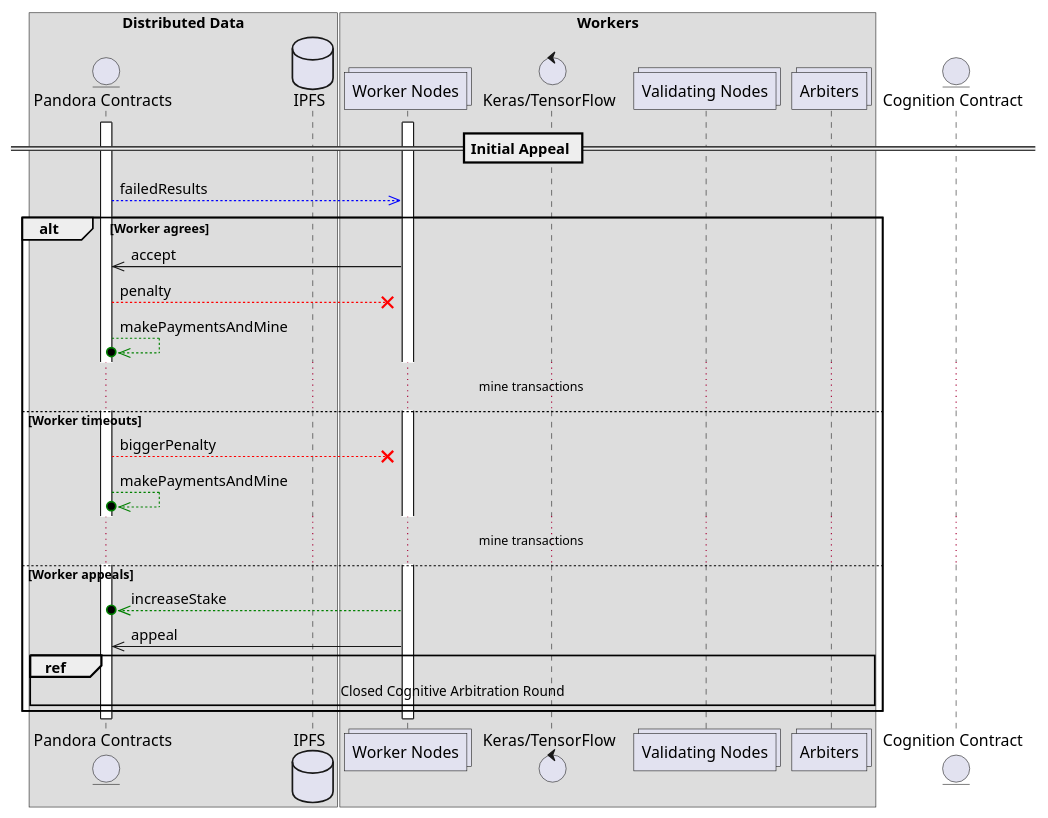
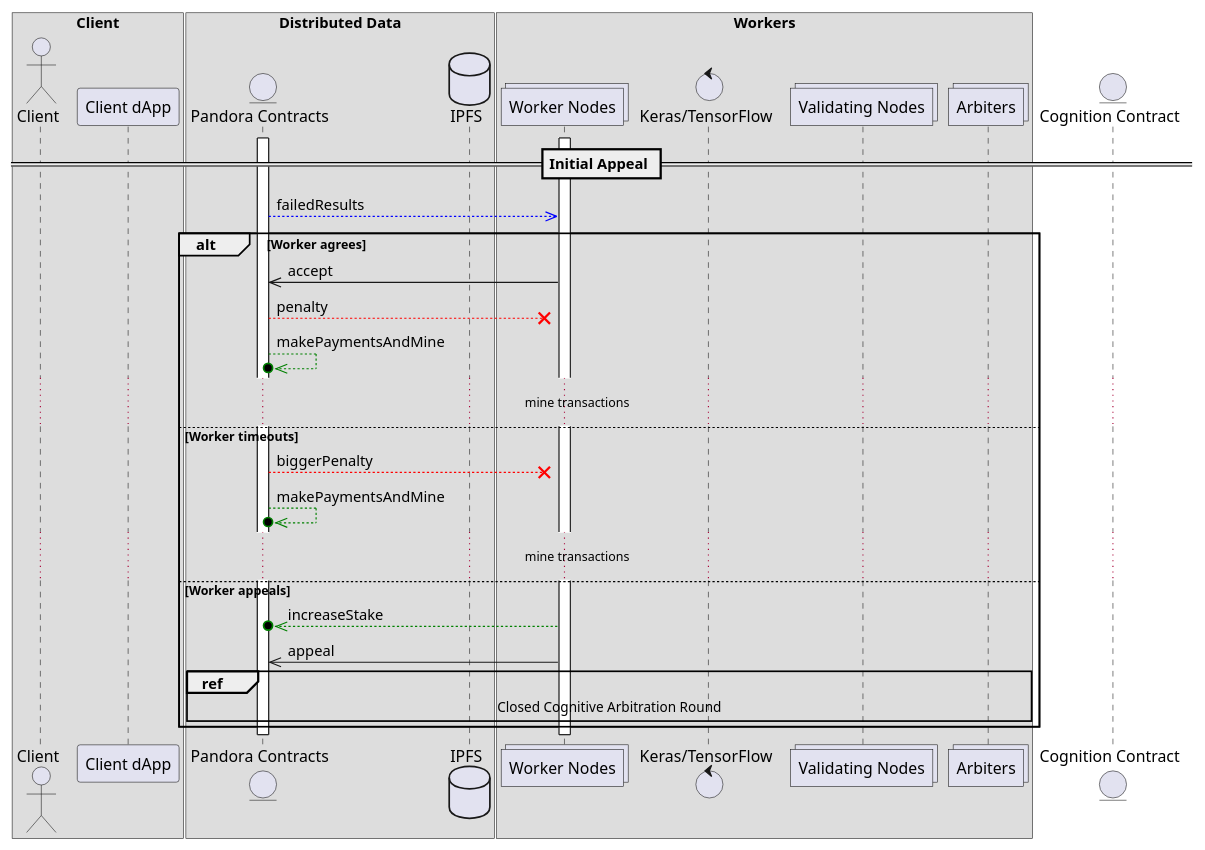
Before and after one commit to pandoraboxchain/pocw-techspecs: the diagram in sequence_initial_appeal.plantuml, drawn with PlantUML.

```diff
--- a/sequence_initial_appeal.plantuml
+++ b/sequence_initial_appeal.plantuml
@@ -1,40 +1,45 @@
 @startuml
+box "Client"
+  actor "Client" as client
+  participant "Client dApp" as dapp
+end box
+
 box "Distributed Data"
   entity "Pandora Contracts" as pandora
   database "IPFS" as ipfs
 end box
 
 box "Workers"
   collections "Worker Nodes" as workers
   control "Keras/TensorFlow" as nn
   collections "Validating Nodes" as validators
   collections "Arbiters" as arbiters
 end box
 
 entity "Cognition Contract" as cognition
 
 == Initial Appeal ==
 
 activate pandora
 activate workers
 
 pandora -[#blue]->> workers: failedResults
 
 alt Worker agrees
   workers ->> pandora: accept
   pandora -[#red]->x workers: penalty
   pandora -[#green]->>o pandora: makePaymentsAndMine
   ... mine transactions ...
 else Worker timeouts
   pandora -[#red]->x workers: biggerPenalty
   pandora -[#green]->>o pandora: makePaymentsAndMine
   ... mine transactions ...
 else Worker appeals
   workers -[#green]->>o pandora: increaseStake
   workers ->> pandora: appeal
   ref over pandora, arbiters: Closed Cognitive Arbitration Round
 end
 
 deactivate workers
 deactivate pandora
 @enduml
```
